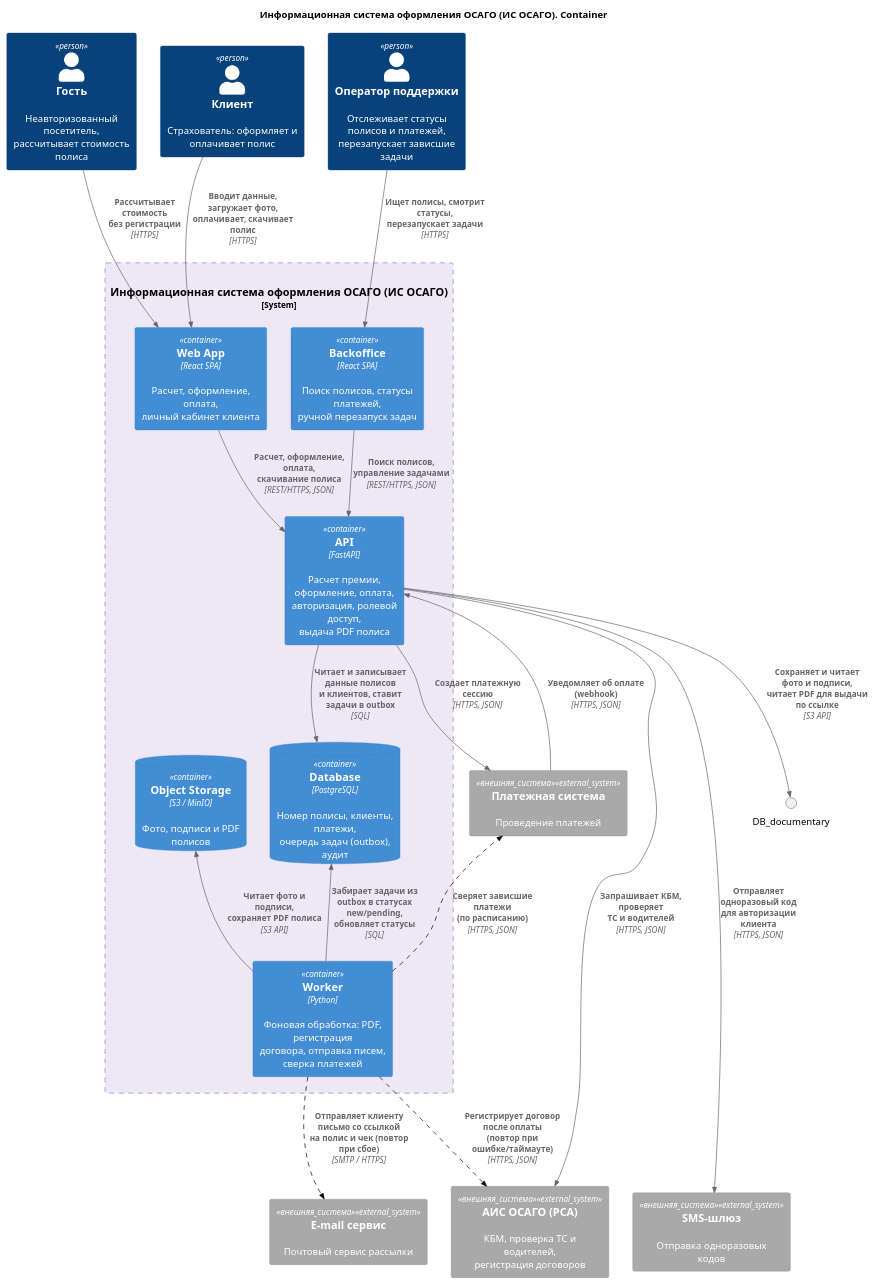
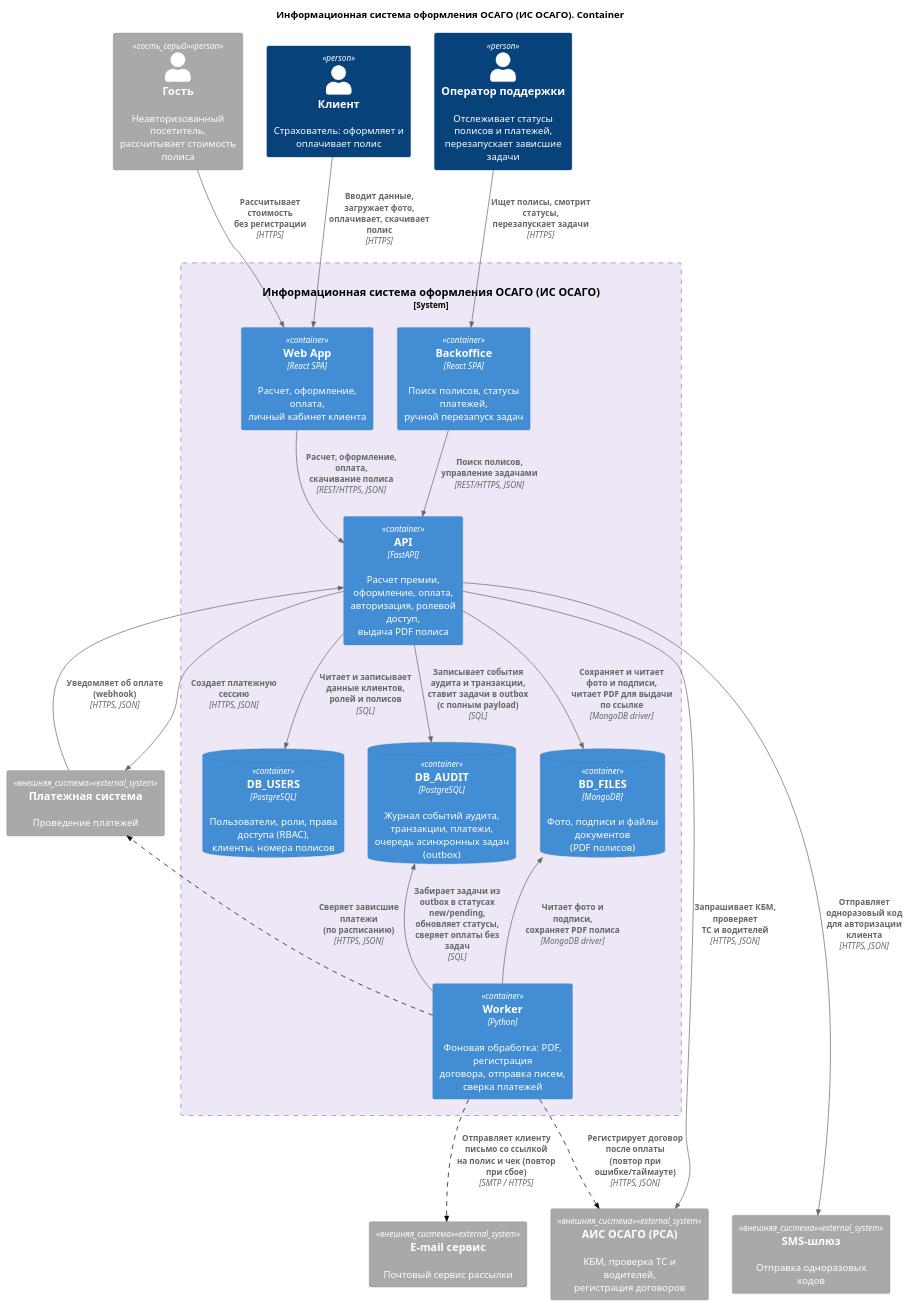
Before and after one commit to ElectricLight-ELO/Insurance-system: the diagram in docs_and_diagrams/Artem/container copy.puml, drawn with PlantUML. The commit also changed 2 other files, not shown here.

```diff
--- a/docs_and_diagrams/Artem/container copy.puml
+++ b/docs_and_diagrams/Artem/container copy.puml
@@ -1,92 +1,96 @@
 @startuml
 !include https://raw.githubusercontent.com/plantuml-stdlib/C4-PlantUML/master/C4_Container.puml
 
 title Информационная система оформления ОСАГО (ИС ОСАГО). Container
 
 ' === НАСТРОЙКА ЦВЕТОВ ===
 AddSystemTag("внешняя_система", $bgColor="#A9A9A9", $borderColor="#8A8A8A", $fontColor="#FFFFFF")
+AddPersonTag("гость_серый", $bgColor="#A9A9A9", $borderColor="#8A8A8A", $fontColor="#FFFFFF")
 AddBoundaryTag("фиолетовый_сервис", $bgColor="#EDE7F6", $borderColor="#9575CD", $fontColor="#000000")
 AddRelTag("пунктир", $lineStyle=DashedLine(), $lineColor="#000000", $legendText="Асинхронное взаимодействие (фоновая обработка)")
 
 ' === ЭЛЕМЕНТЫ ===
 
-Person(guest, "Гость", "Неавторизованный посетитель,\nрассчитывает стоимость полиса")
-
+Person(guest, "Гость", "Неавторизованный посетитель,\nрассчитывает стоимость полиса", $tags="гость_серый")
 Person(client, "Клиент", "Страхователь: оформляет и\nоплачивает полис")
 Person(support, "Оператор поддержки", "Отслеживает статусы полисов и платежей,\nперезапускает зависшие задачи")
 
 System_Boundary(osago_service, "Информационная система оформления ОСАГО (ИС ОСАГО)", $tags="фиолетовый_сервис") {
 
     Container(web_app, "Web App", "React SPA", "Расчет, оформление, оплата,\nличный кабинет клиента")
 
     Container(backoffice, "Backoffice", "React SPA", "Поиск полисов, статусы платежей,\nручной перезапуск задач")
 
     Container(api, "API", "FastAPI", "Расчет премии, оформление, оплата,\nавторизация, ролевой доступ,\nвыдача PDF полиса")
 
-    ContainerDb(database, "Database", "PostgreSQL", "Номер полисы, клиенты, платежи,\nочередь задач (outbox), аудит")
+    ContainerDb(db_users, "DB_USERS", "PostgreSQL", "Пользователи, роли, права доступа (RBAC),\nклиенты, номера полисов")
 
-    ContainerDb(object_storage, "Object Storage", "S3 / MinIO", "Фото, подписи и PDF полисов")
+    ContainerDb(db_audit, "DB_AUDIT", "PostgreSQL", "Журнал событий аудита, транзакции, платежи,\nочередь асинхронных задач (outbox)")
+
+    ContainerDb(bd_files, "BD_FILES", "MongoDB", "Фото, подписи и файлы документов\n(PDF полисов)")
 
     Container(worker, "Worker", "Python", "Фоновая обработка: PDF, регистрация\nдоговора, отправка писем, сверка платежей")
 }
 
 ' Внешние системы (серые, внизу)
 System_Ext(payment_sys, "Платежная система", "Проведение платежей", $tags="внешняя_система")
 System_Ext(email_sys, "E-mail сервис", "Почтовый сервис рассылки", $tags="внешняя_система")
 System_Ext(ais_osago, "АИС ОСАГО (РСА)", "КБМ, проверка ТС и водителей,\nрегистрация договоров", $tags="внешняя_система")
 System_Ext(sms_sys, "SMS-шлюз", "Отправка одноразовых кодов", $tags="внешняя_система")
 
 ' === СВЯЗИ ===
 
 ' Персоны
 Rel(guest, web_app, "Рассчитывает стоимость\nбез регистрации", "HTTPS")
 Rel(client, web_app, "Вводит данные, загружает фото,\nоплачивает, скачивает полис", "HTTPS")
 Rel(support, backoffice, "Ищет полисы, смотрит статусы,\nперезапускает задачи", "HTTPS")
 
 ' Фронтенды -> API
 Rel(web_app, api, "Расчет, оформление, оплата,\nскачивание полиса", "REST/HTTPS, JSON")
 Rel(backoffice, api, "Поиск полисов,\nуправление задачами", "REST/HTTPS, JSON")
 
 ' API -> внутренние хранилища
-Rel(api, database, "Читает и записывает данные полисов\nи клиентов, ставит задачи в outbox", "SQL")
-Rel(api, DB_documentary, "Сохраняет и читает фото и подписи,\nчитает PDF для выдачи по ссылке", "S3 API")
+Rel(api, db_users, "Читает и записывает данные клиентов,\nролей и полисов", "SQL")
+Rel(api, db_audit, "Записывает события аудита и транзакции,\nставит задачи в outbox (с полным payload)", "SQL")
+Rel(api, bd_files, "Сохраняет и читает фото и подписи,\nчитает PDF для выдачи по ссылке", "MongoDB driver")
 
 ' API -> внешние системы (синхронно)
 Rel(api, sms_sys, "Отправляет одноразовый код\nдля авторизации клиента", "HTTPS, JSON")
 Rel(api, payment_sys, "Создает платежную сессию", "HTTPS, JSON")
 Rel(payment_sys, api, "Уведомляет об оплате (webhook)", "HTTPS, JSON")
 Rel(api, ais_osago, "Запрашивает КБМ, проверяет\nТС и водителей", "HTTPS, JSON")
 
 ' Worker -> внутренние хранилища
-Rel(worker, database, "Забирает задачи из outbox в статусах\nnew/pending, обновляет статусы", "SQL")
-Rel(worker, object_storage, "Читает фото и подписи,\nсохраняет PDF полиса", "S3 API")
+Rel(worker, db_audit, "Забирает задачи из outbox в статусах\nnew/pending, обновляет статусы,\nсверяет оплаты без задач", "SQL")
+Rel(worker, bd_files, "Читает фото и подписи,\nсохраняет PDF полиса", "MongoDB driver")
 
 ' Worker -> внешние системы (асинхронно, пунктир)
 Rel(worker, ais_osago, "Регистрирует договор после оплаты\n(повтор при ошибке/таймауте)", "HTTPS, JSON", $tags="пунктир")
 Rel(worker, payment_sys, "Сверяет зависшие платежи\n(по расписанию)", "HTTPS, JSON", $tags="пунктир")
 Rel(worker, email_sys, "Отправляет клиенту письмо со ссылкой\nна полис и чек (повтор при сбое)", "SMTP / HTTPS", $tags="пунктир")
 
 ' === УПРАВЛЕНИЕ LAYOUT (скрытые связи) ===
 
 ' Персоны в один ряд
 guest -[hidden]right- client
 client -[hidden]right- support
 
 ' Верхний ряд внутри boundary: фронтенды под своими персонами
 client -[hidden]down- web_app
 support -[hidden]down- backoffice
 web_app -[hidden]right- backoffice
 
 ' Нижний ряд внутри boundary: ядро в одну строку
 web_app -[hidden]down- api
-api -[hidden]right- database
-database -[hidden]right- object_storage
-object_storage -[hidden]right- worker
+api -[hidden]right- db_users
+db_users -[hidden]right- db_audit
+db_audit -[hidden]right- bd_files
+bd_files -[hidden]right- worker
 
 ' Внешние системы внизу
 osago_service -[hidden]down- payment_sys
 payment_sys -[hidden]right- email_sys
 email_sys -[hidden]right- ais_osago
 ais_osago -[hidden]right- sms_sys
 
 @enduml
```
